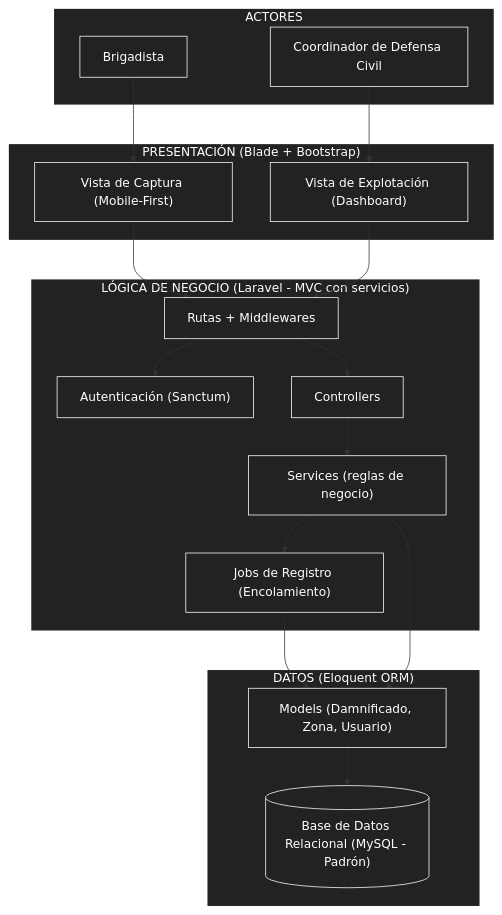
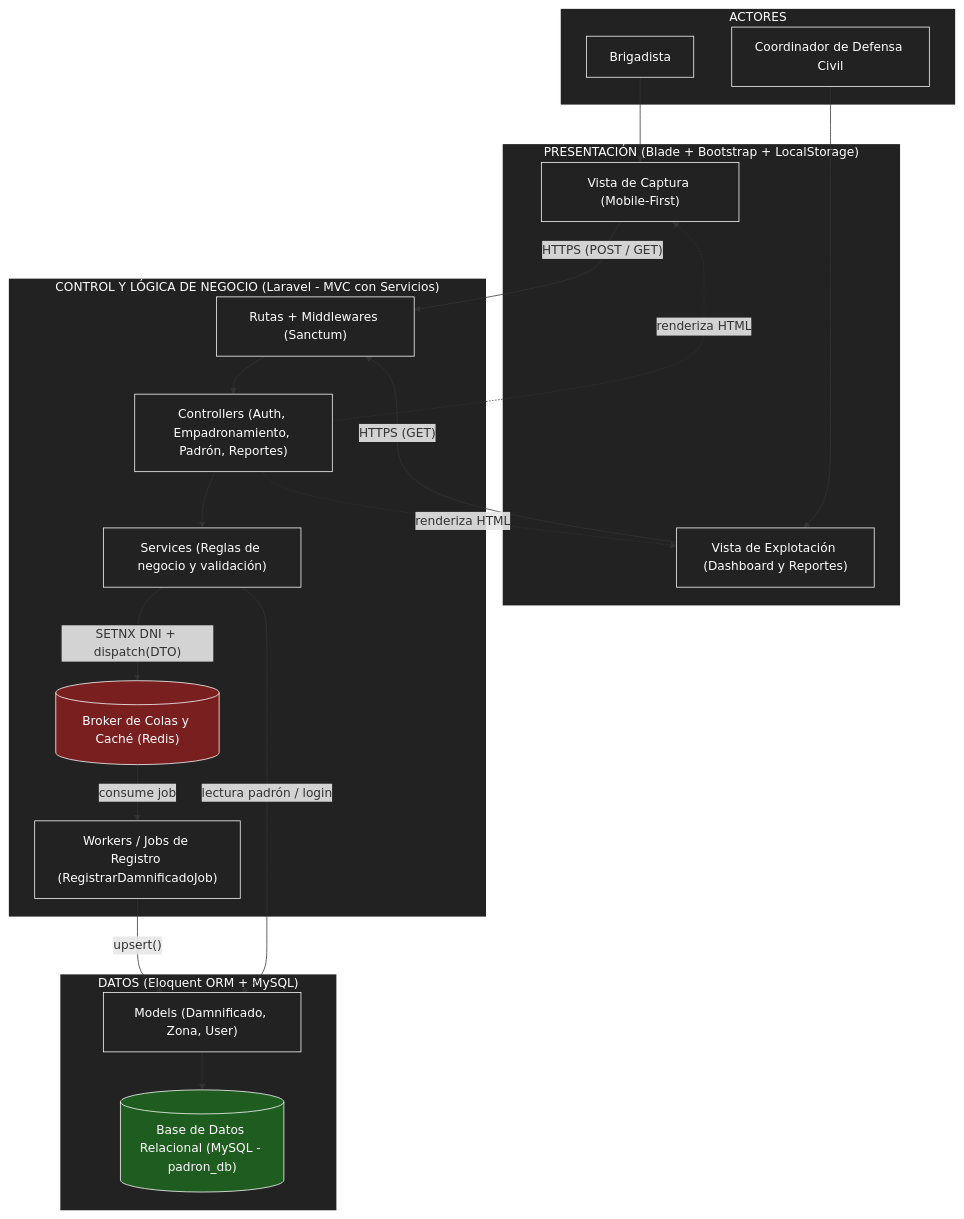
Before and after one commit to gabrielquispe27-ops/Sistema-Empadronamiento_arquiSoft_Quispe-02: the diagram in img/fuentes-mermaid/arquitectura-inicial.mmd, drawn with Mermaid. The commit also changed 31 other files, not shown here.

First line of the commit message:
docs(arquitectura): optimización C4, integración de Redis y diagramas actualizados

```diff
--- a/img/fuentes-mermaid/arquitectura-inicial.mmd
+++ b/img/fuentes-mermaid/arquitectura-inicial.mmd
@@ -1,52 +1,54 @@
 flowchart TD
     subgraph ACTORES ["ACTORES"]
         Brigadista["Brigadista"]
         Coordinador["Coordinador de Defensa Civil"]
     end
 
-    subgraph PRESENTACION ["PRESENTACIÓN (Blade + Bootstrap)"]
+    subgraph PRESENTACION ["PRESENTACIÓN (Blade + Bootstrap + LocalStorage)"]
         Captura["Vista de Captura (Mobile-First)"]
-        Dashboard["Vista de Explotación (Dashboard)"]
+        Dashboard["Vista de Explotación (Dashboard y Reportes)"]
     end
 
-    subgraph NEGOCIO ["LÓGICA DE NEGOCIO (Laravel - MVC con servicios)"]
-        Auth["Autenticación (Sanctum)"]
-        Rutas["Rutas + Middlewares"]
-        Controllers["Controllers"]
-        Services["Services (reglas de negocio)"]
-        Jobs["Jobs de Registro (Encolamiento)"]
+    subgraph NEGOCIO ["CONTROL Y LÓGICA DE NEGOCIO (Laravel - MVC con Servicios)"]
+        Rutas["Rutas + Middlewares (Sanctum)"]
+        Controllers["Controllers (Auth, Empadronamiento, Padrón, Reportes)"]
+        Services["Services (Reglas de negocio y validación)"]
+        Redis[("Broker de Colas y Caché (Redis)")]
+        Jobs["Workers / Jobs de Registro (RegistrarDamnificadoJob)"]
     end
 
-    subgraph DATOS ["DATOS (Eloquent ORM)"]
-        Models["Models (Damnificado, Zona, Usuario)"]
-        BD[("Base de Datos Relacional (MySQL - Padrón)")]
+    subgraph DATOS ["DATOS (Eloquent ORM + MySQL)"]
+        Models["Models (Damnificado, Zona, User)"]
+        BD[("Base de Datos Relacional (MySQL - padron_db)")]
     end
 
     Brigadista --> Captura
     Coordinador --> Dashboard
 
-    Captura --> Rutas
-    Dashboard --> Rutas
-    Rutas --> Auth
+    Captura -- "HTTPS (POST / GET)" --> Rutas
+    Dashboard -- "HTTPS (GET)" --> Rutas
     Rutas --> Controllers
+    Controllers -. "renderiza HTML" .-> Captura
+    Controllers -. "renderiza HTML" .-> Dashboard
     Controllers --> Services
-    Services --> Jobs
-    Jobs --> Models
-    Services --> Models
+    Services -- "SETNX DNI + dispatch(DTO)" --> Redis
+    Redis -- "consume job" --> Jobs
+    Jobs -- "upsert()" --> Models
+    Services -- "lectura padrón / login" --> Models
     Models --> BD
 
     style ACTORES fill:#222,stroke:#fff,stroke-width:2px,color:#fff
     style PRESENTACION fill:#222,stroke:#fff,stroke-width:2px,color:#fff
     style NEGOCIO fill:#222,stroke:#fff,stroke-width:2px,color:#fff
     style DATOS fill:#222,stroke:#fff,stroke-width:2px,color:#fff
     style Brigadista fill:#222,stroke:#fff,color:#fff
     style Coordinador fill:#222,stroke:#fff,color:#fff
     style Captura fill:#222,stroke:#fff,color:#fff
     style Dashboard fill:#222,stroke:#fff,color:#fff
-    style Auth fill:#222,stroke:#fff,color:#fff
     style Rutas fill:#222,stroke:#fff,color:#fff
     style Controllers fill:#222,stroke:#fff,color:#fff
     style Services fill:#222,stroke:#fff,color:#fff
+    style Redis fill:#7a1f1f,stroke:#fff,color:#fff
     style Jobs fill:#222,stroke:#fff,color:#fff
     style Models fill:#222,stroke:#fff,color:#fff
-    style BD fill:#222,stroke:#fff,color:#fff
+    style BD fill:#1f5c1f,stroke:#fff,color:#fff
```
